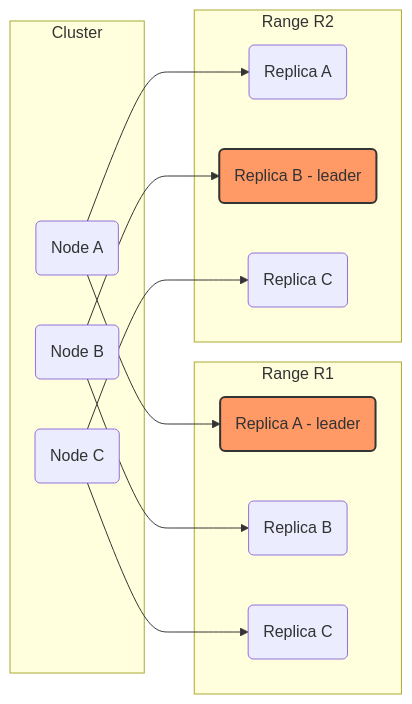
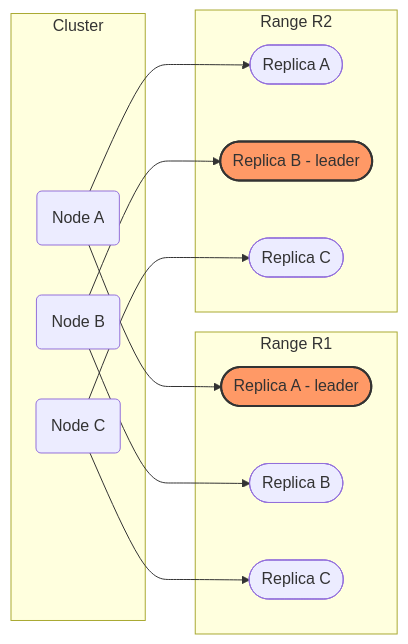
Before and after one commit to mjalaf/mjalaf.github.io: the seventh of 9 diagrams in src/content/whitepapers/postgresql-horizontal-scaling-deep-dive-into-citus-yugabyte-and-cockroachdb.md, drawn with Mermaid. The commit also changed other lines of this file and 1 other file, not shown here.

Commit message:
Fix mermaid in whitepapers: vector arch label closure, postgres stadium label, yugabyte edge labels, cockroachdb subgraph titles and sequenceDiagram syntax

````diff
--- a/src/content/whitepapers/postgresql-horizontal-scaling-deep-dive-into-citus-yugabyte-and-cockroachdb.md
+++ b/src/content/whitepapers/postgresql-horizontal-scaling-deep-dive-into-citus-yugabyte-and-cockroachdb.md
@@ -655,32 +652,31 @@
 ```mermaid
 flowchart LR
   subgraph Cluster
     node1(Node A)
     node2(Node B)
     node3(Node C)
   end
 
-  subgraph Range1 [Range R1]
-    R1L(Replica A - leader)
-    R1B(Replica B)
-    R1C(Replica C)
+  subgraph Range1 ["Range R1"]
+    R1L(["Replica A - leader"])
+    R1B(["Replica B"])
+    R1C(["Replica C"])
   end
 
-  subgraph Range2 [Range R2]
-    R2A(Replica A)
-    R2L(Replica B - leader)
-    R2C(Replica C)
+  subgraph Range2 ["Range R2"]
+    R2A(["Replica A"])
+    R2L(["Replica B - leader"])
+    R2C(["Replica C"])
   end
 
   node1 --> R1L
   node2 --> R1B
   node3 --> R1C
 
   node1 --> R2A
   node2 --> R2L
   node3 --> R2C
 
-  click R1L "https://www.cockroachlabs.com/docs/" "Más info"
   classDef leader fill:#f96,stroke:#333,stroke-width:2px;
   class R1L,R2L leader
 ```
````
